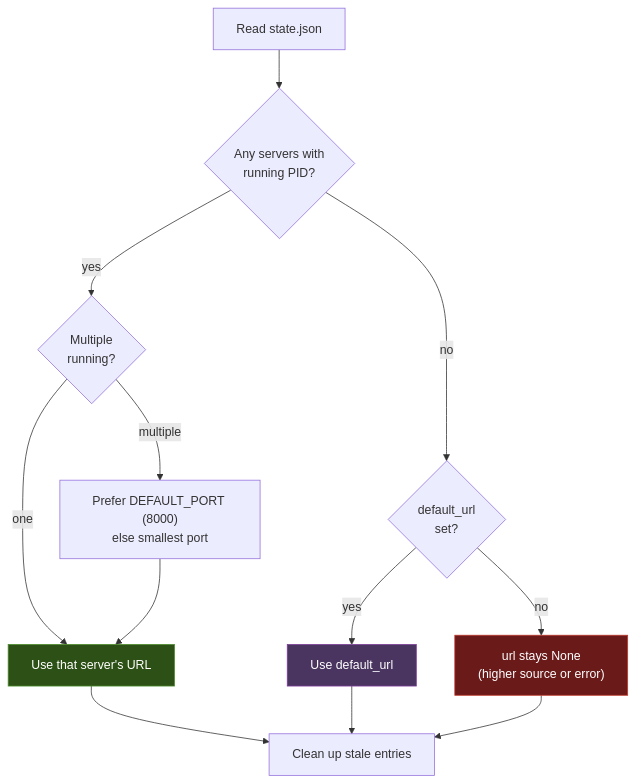
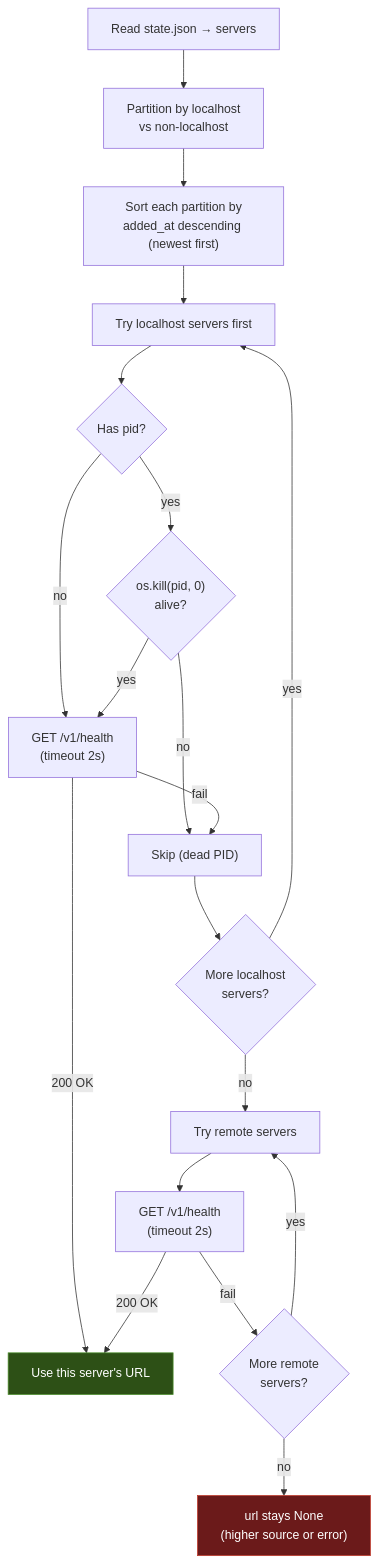
Before and after one commit to zincware/ZnDraw: the second of 5 diagrams in docs/superpowers/specs/2026-03-25-pydantic-settings-unification-design.md, drawn with Mermaid. The commit also changed other lines of this file, not shown here.

First line of the commit message:
docs: replace default_url with health-check-based server discovery

````diff
--- a/docs/superpowers/specs/2026-03-25-pydantic-settings-unification-design.md
+++ b/docs/superpowers/specs/2026-03-25-pydantic-settings-unification-design.md
@@ -229,19 +233,27 @@
 ```mermaid
 flowchart TD
-    A["Read state.json"] --> B{"Any servers with<br/>running PID?"}
-    B -->|yes| C{"Multiple<br/>running?"}
-    B -->|no| F{"default_url<br/>set?"}
-    C -->|one| D["Use that server's URL"]
-    C -->|multiple| E["Prefer DEFAULT_PORT (8000)<br/>else smallest port"]
-    E --> D
-    F -->|yes| G["Use default_url"]
-    F -->|no| H["url stays None<br/>(higher source or error)"]
+    A["Read state.json → servers"] --> B["Partition by localhost<br/>vs non-localhost"]
+    B --> C["Sort each partition by<br/>added_at descending (newest first)"]
+    C --> D["Try localhost servers first"]
 
-    D --> I["Clean up stale entries"]
-    G --> I
-    H --> I
+    D --> E{"Has pid?"}
+    E -->|yes| F{"os.kill(pid, 0)<br/>alive?"}
+    E -->|no| G["GET /v1/health<br/>(timeout 2s)"]
+    F -->|yes| G
+    F -->|no| H["Skip (dead PID)"]
+    G -->|200 OK| I["Use this server's URL"]
+    G -->|fail| H
 
-    style D fill:#2d5016,stroke:#4a8c2a,color:#fff
-    style G fill:#4a3560,stroke:#7d3c98,color:#fff
-    style H fill:#6b1a1a,stroke:#c0392b,color:#fff
+    H --> J{"More localhost<br/>servers?"}
+    J -->|yes| D
+    J -->|no| K["Try remote servers"]
+
+    K --> L["GET /v1/health<br/>(timeout 2s)"]
+    L -->|200 OK| I
+    L -->|fail| M{"More remote<br/>servers?"}
+    M -->|yes| K
+    M -->|no| N["url stays None<br/>(higher source or error)"]
+
+    style I fill:#2d5016,stroke:#4a8c2a,color:#fff
+    style N fill:#6b1a1a,stroke:#c0392b,color:#fff
 ```
````
